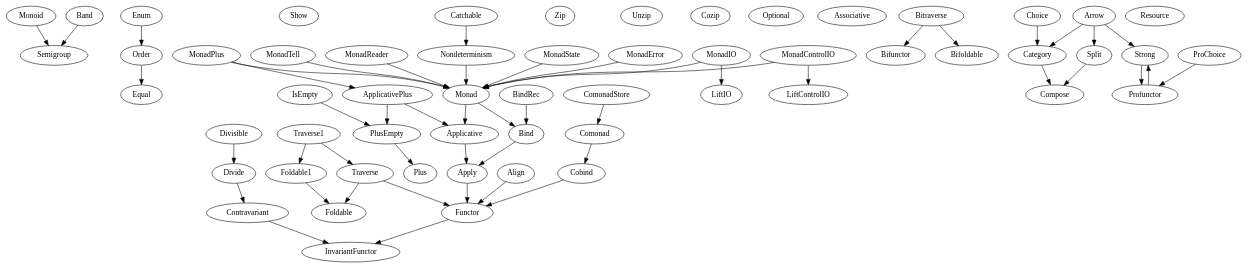
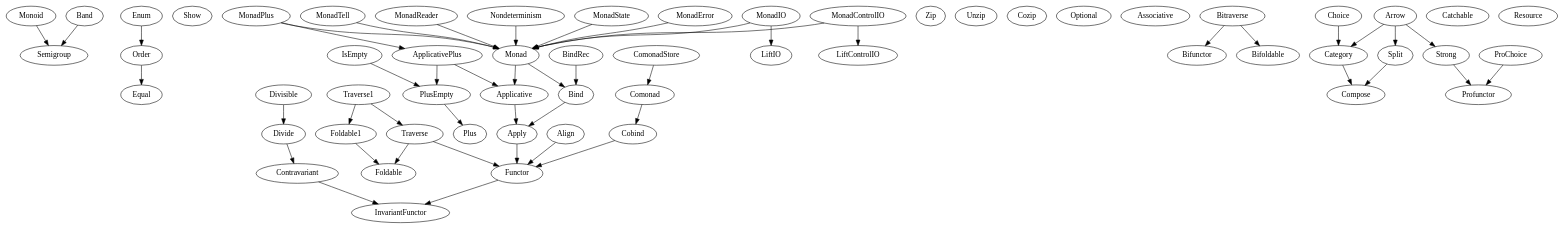
Before and after one commit to fommil/fpmortals: the diagram in scalaz.dot, drawn with Graphviz.

```diff
--- a/scalaz.dot
+++ b/scalaz.dot
@@ -1,84 +1,84 @@
 // dot scalaz.dot -Tpng > scalaz.png ; open scalaz.png
 // https://github.com/scalaz/scalaz/blob/v7.2.15/project/GenTypeClass.scala
 digraph G {
     subgraph "scalaz-core.jar" {
         label="scalaz-core";
         
         Semigroup
         Monoid -> Semigroup
         Band -> Semigroup
         Equal
         Show
         Order -> Equal
         Enum -> Order
 
         InvariantFunctor
         Functor -> InvariantFunctor
         Apply -> Functor
         Applicative -> Apply
         Align -> Functor
         Zip
         Unzip
         Bind -> Apply
         Monad -> Applicative
         Monad -> Bind
         Foldable
         Foldable1 -> Foldable
         Traverse -> Functor
         Traverse -> Foldable
         Traverse1 -> Traverse
         Traverse1 -> Foldable1
 
         Contravariant -> InvariantFunctor
         Divide -> Contravariant
         Divisible -> Divide
         Cobind -> Functor
         Comonad -> Cobind
         Cozip
 
         Plus
         PlusEmpty -> Plus
         IsEmpty -> PlusEmpty
         Optional
 
         ApplicativePlus -> Applicative
         ApplicativePlus -> PlusEmpty
         MonadPlus -> Monad
         MonadPlus -> ApplicativePlus
 
         Associative 
         Bifunctor 
         Bifoldable 
         Bitraverse -> Bifunctor
         Bitraverse -> Bifoldable
         Compose 
-        Catchable ->
+        Catchable
         Nondeterminism -> Monad
         Category -> Compose
         Choice -> Category
         Split -> Compose
-        Profunctor ->
+        Profunctor
         Strong -> Profunctor
         ProChoice -> Profunctor
-        Arrow ->Split
+        Arrow -> Split
         Arrow -> Strong
         Arrow -> Category
 
         LiftIO
         MonadIO -> LiftIO
         MonadIO -> Monad
         LiftControlIO
         MonadControlIO -> LiftControlIO
         MonadControlIO -> Monad
         Resource
 
         MonadState -> Monad 
         MonadError -> Monad
         MonadTell -> Monad
         MonadReader -> Monad 
         ComonadStore -> Comonad 
 
         BindRec -> Bind
     }
     
 }
```
